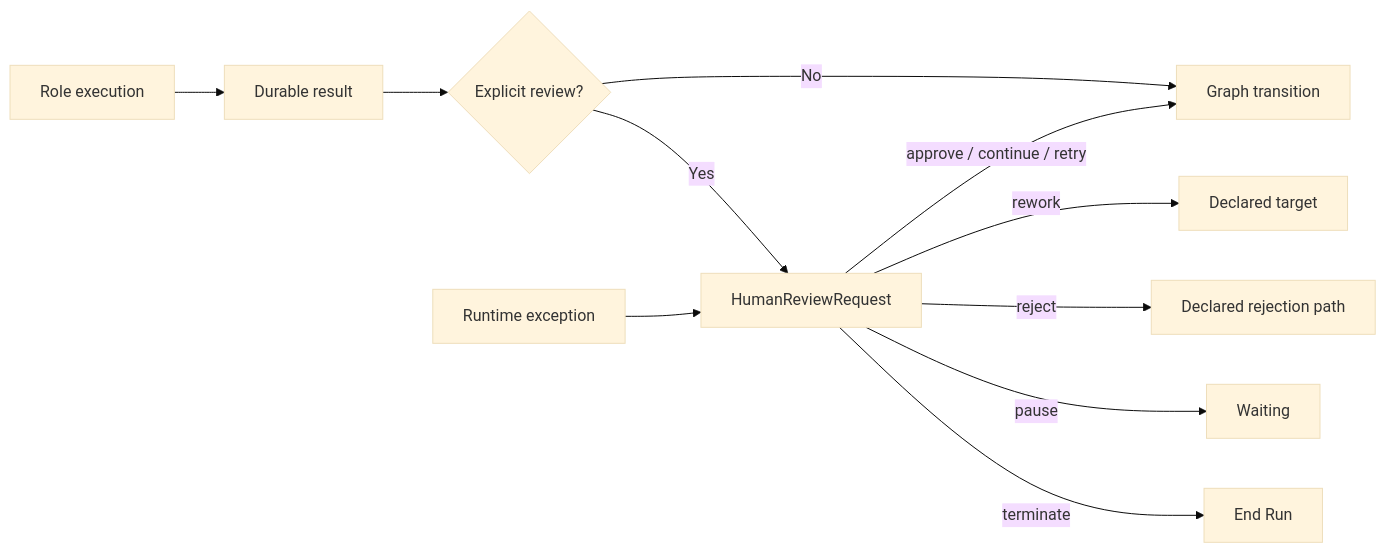
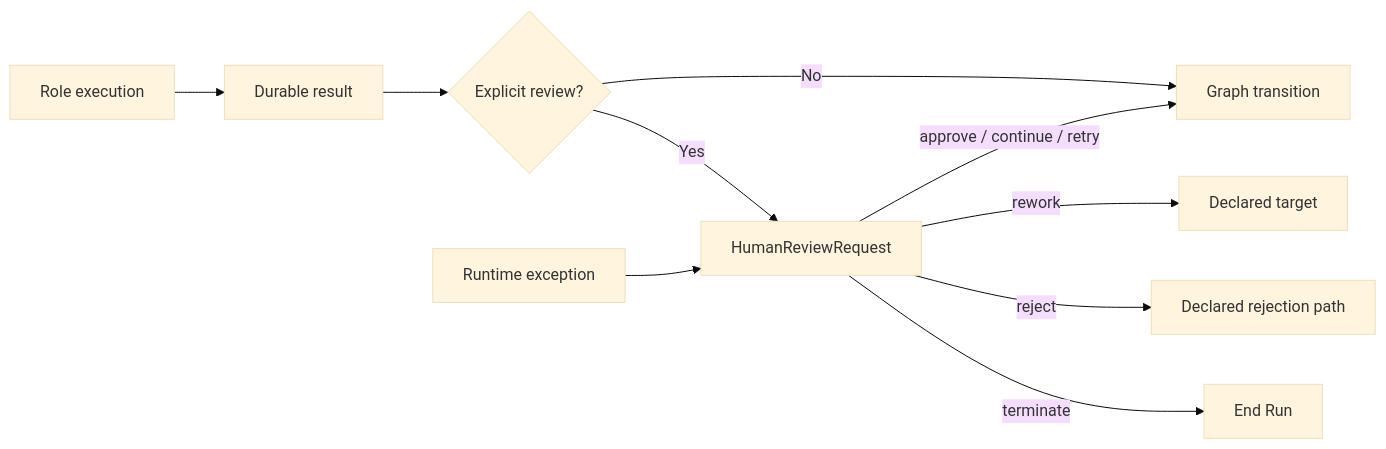
Before and after one commit to Fredericzhou/ogsystem: the seventh of 7 diagrams in docs/development/role-execution-architecture.md, drawn with Mermaid (base theme). The commit also changed other lines of this file and 1 other file, not shown here.

````diff
--- a/docs/development/role-execution-architecture.md
+++ b/docs/development/role-execution-architecture.md
@@ -1868,13 +1877,12 @@
 ```mermaid
 flowchart LR
     A["Role execution"] --> B["Durable result"]
     B --> C{"Explicit review?"}
     C -->|No| D["Graph transition"]
     C -->|Yes| E["HumanReviewRequest"]
     X["Runtime exception"] --> E
     E -->|approve / continue / retry| D
     E -->|rework| F["Declared target"]
     E -->|reject| G["Declared rejection path"]
-    E -->|pause| H["Waiting"]
     E -->|terminate| I["End Run"]
 ```
````
